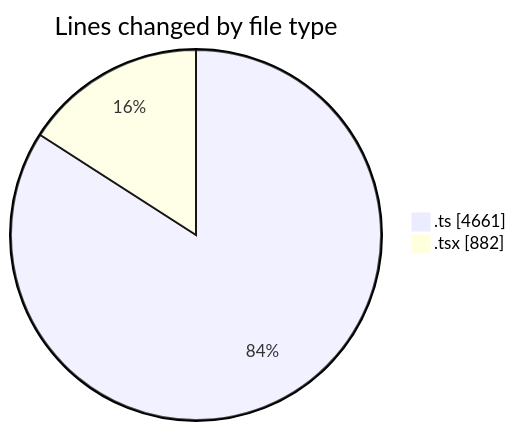
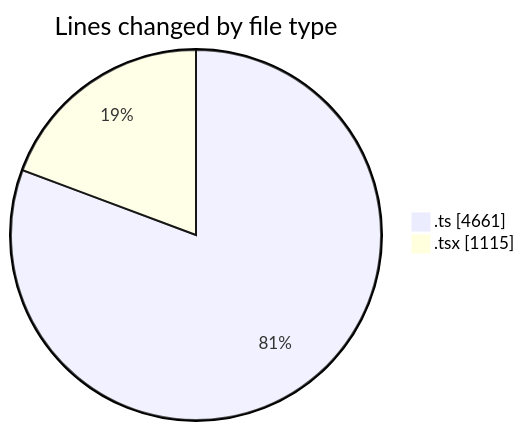
Before and after one commit to JenPaints/code-tracking: the first of 2 diagrams in 2025-07-25/cohera/README.md, drawn with Mermaid. The commit also changed other lines of this file and 1 other file, not shown here.

````diff
--- a/2025-07-25/cohera/README.md
+++ b/2025-07-25/cohera/README.md
@@ -29,6 +30,6 @@
 ```mermaid
 pie showData
 title Lines changed by file type
 ".ts" : 4661
-".tsx" : 882
+".tsx" : 1115
 ```
````
